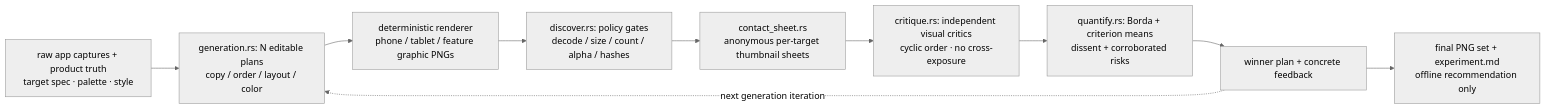
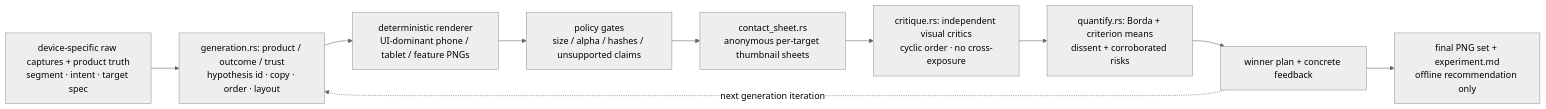
One commit to Loop-Suite/.github changed diagram 12 of 13 in profile/README.md. Above: the diagram before and after it, drawn with Mermaid (neutral theme). The commit also changed other lines of this file, not shown here.

Commit message:
docs: describe segment-aware screenshot generation

````diff
--- a/profile/README.md
+++ b/profile/README.md
@@ -232,12 +232,12 @@
 ```mermaid
 flowchart LR
-    A["raw app captures + product truth<br/>target spec · palette · style"] --> B["generation.rs: N editable plans<br/>copy / order / layout / color"]
-    B --> C["deterministic renderer<br/>phone / tablet / feature graphic PNGs"]
-    C --> D["discover.rs: policy gates<br/>decode / size / count / alpha / hashes"]
+    A["device-specific raw captures + product truth<br/>segment · intent · target spec"] --> B["generation.rs: product / outcome / trust<br/>hypothesis id · copy · order · layout"]
+    B --> C["deterministic renderer<br/>UI-dominant phone / tablet / feature PNGs"]
+    C --> D["policy gates<br/>size / alpha / hashes / unsupported claims"]
     D --> E["contact_sheet.rs<br/>anonymous per-target thumbnail sheets"]
     E --> F["critique.rs: independent visual critics<br/>cyclic order · no cross-exposure"]
     F --> G["quantify.rs: Borda + criterion means<br/>dissent + corroborated risks"]
     G --> H["winner plan + concrete feedback"]
     H -.->|"next generation iteration"| B
     H --> I["final PNG set + experiment.md<br/>offline recommendation only"]
 ```
````
